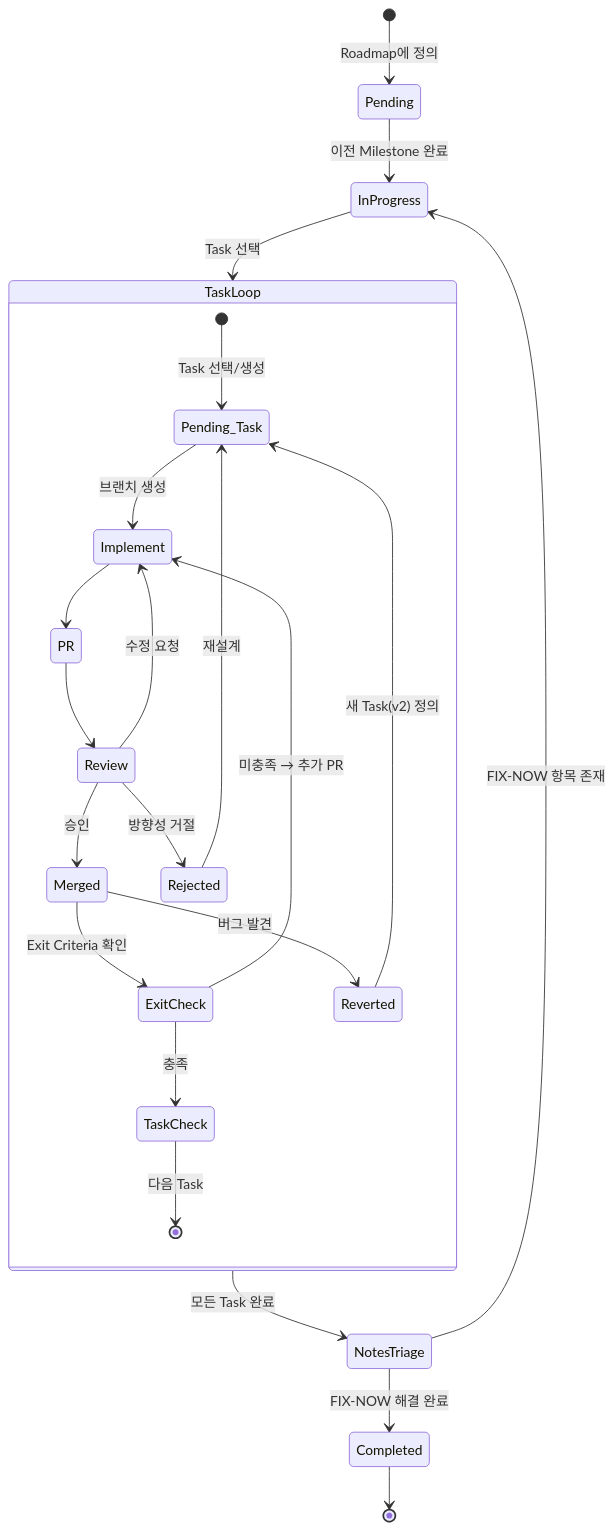
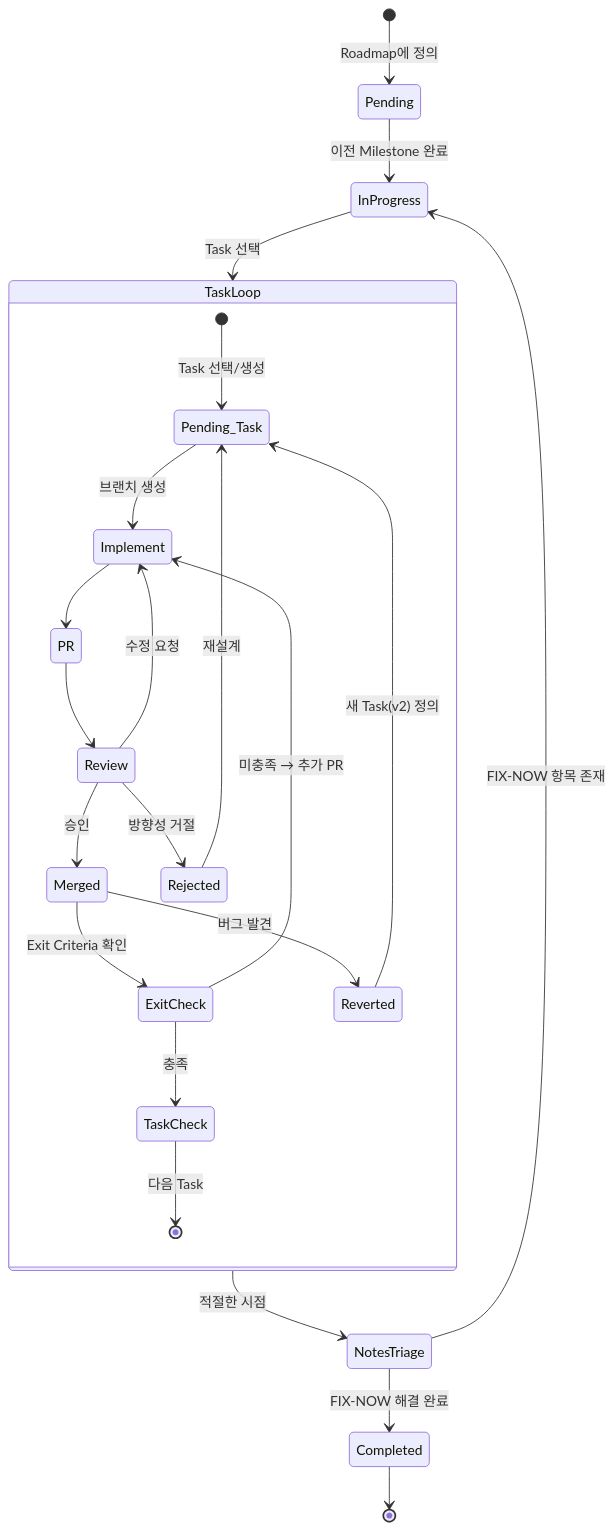
One commit to cagojeiger/code-hub changed the fourth of 8 diagrams in docs/workflow.md. Above: the diagram before and after it, drawn with Mermaid. The commit also changed other lines of this file, not shown here.

````diff
--- a/docs/workflow.md
+++ b/docs/workflow.md
@@ -198,32 +223,32 @@
 ```mermaid
 stateDiagram-v2
     [*] --> Pending: Roadmap에 정의
 
     Pending --> InProgress: 이전 Milestone 완료
 
     InProgress --> TaskLoop: Task 선택
 
     state TaskLoop {
         [*] --> Pending_Task: Task 선택/생성
         Pending_Task --> Implement: 브랜치 생성
         Implement --> PR
         PR --> Review
         Review --> Merged: 승인
         Review --> Implement: 수정 요청
         Review --> Rejected: 방향성 거절
         Rejected --> Pending_Task: 재설계
         Merged --> ExitCheck: Exit Criteria 확인
         ExitCheck --> TaskCheck: 충족
         ExitCheck --> Implement: 미충족 → 추가 PR
         Merged --> Reverted: 버그 발견
         Reverted --> Pending_Task: 새 Task(v2) 정의
         TaskCheck --> [*]: 다음 Task
     }
 
-    TaskLoop --> NotesTriage: 모든 Task 완료
+    TaskLoop --> NotesTriage: 적절한 시점
 
     NotesTriage --> Completed: FIX-NOW 해결 완료
     NotesTriage --> InProgress: FIX-NOW 항목 존재
 
     Completed --> [*]
 ```
````
